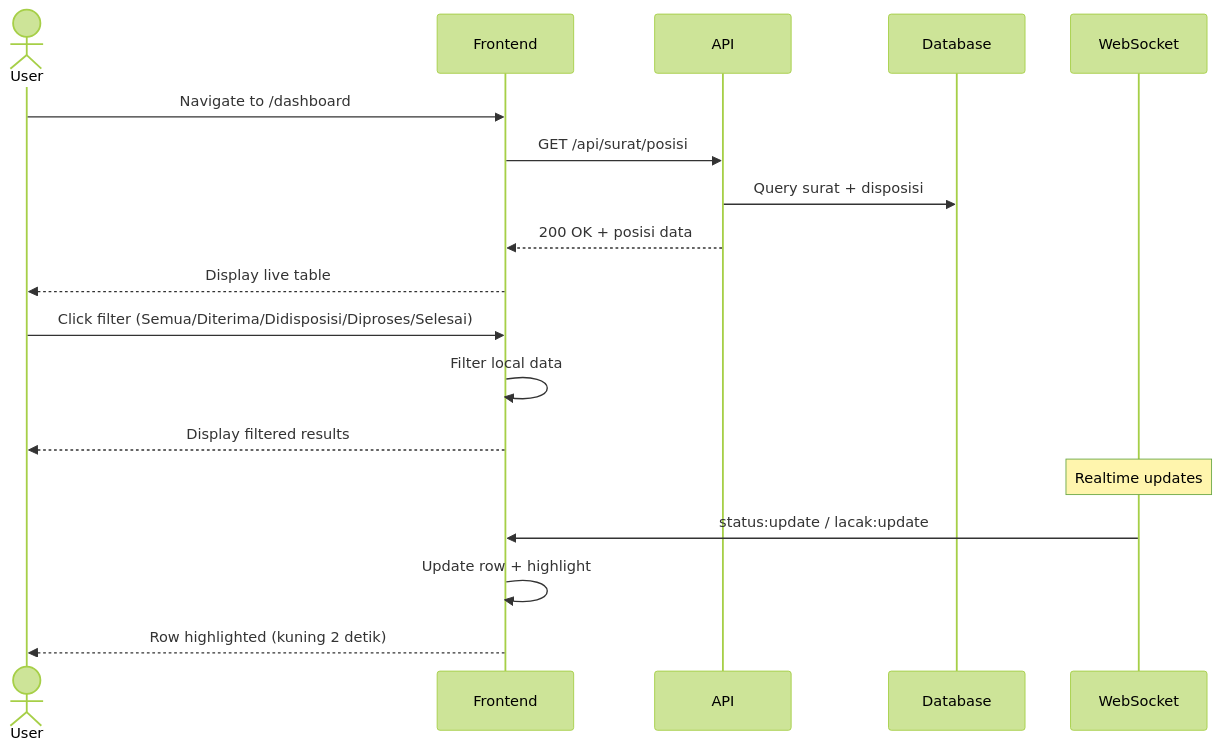
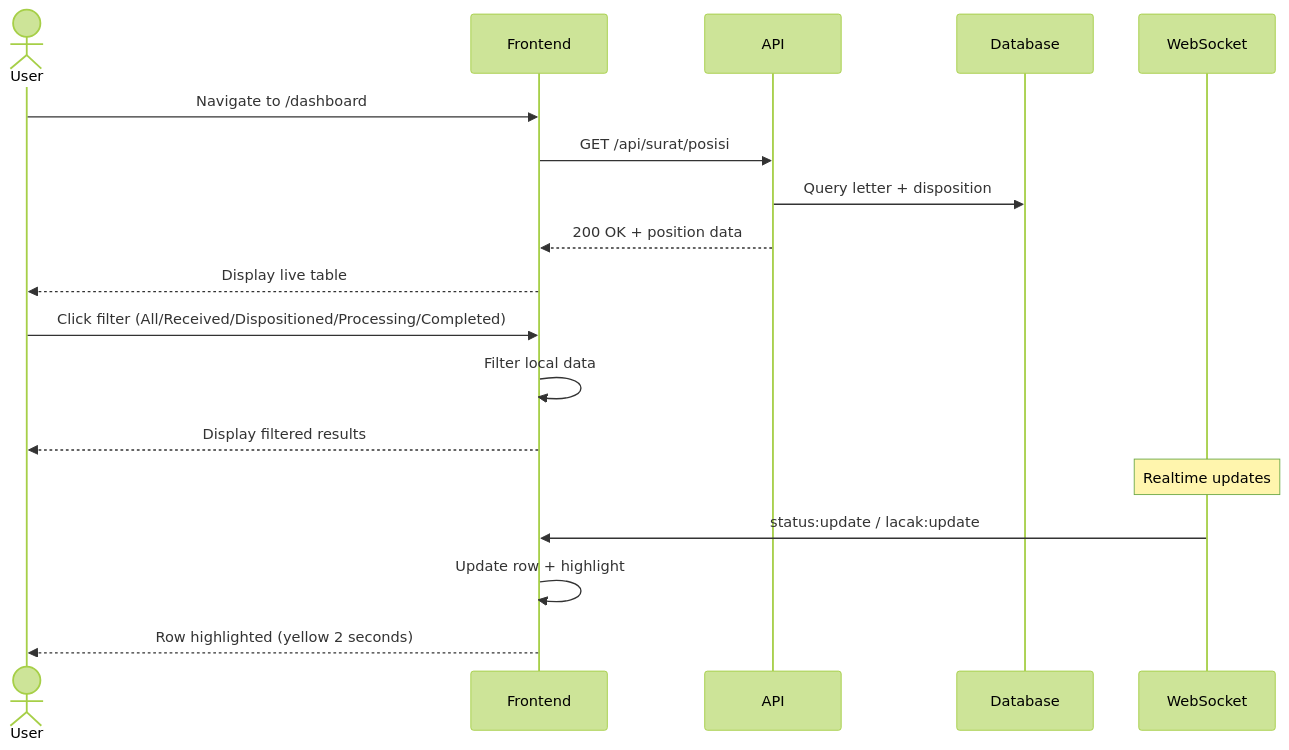
The diagram in docs/system_logics/sys_uc_016.md (ATzFauzan1525/Nexus), drawn with Mermaid (forest theme) before and after one commit. The commit also changed other lines of this file and 2 other files, not shown here.

````diff
--- a/docs/system_logics/sys_uc_016.md
+++ b/docs/system_logics/sys_uc_016.md
@@ -42,23 +42,23 @@
 ```mermaid
 sequenceDiagram
     actor User
     participant Frontend
     participant API
     participant Database
     participant WebSocket
 
     User->>Frontend: Navigate to /dashboard
     Frontend->>API: GET /api/surat/posisi
-    API->>Database: Query surat + disposisi
-    API-->>Frontend: 200 OK + posisi data
+    API->>Database: Query letter + disposition
+    API-->>Frontend: 200 OK + position data
     Frontend-->>User: Display live table
 
-    User->>Frontend: Click filter (Semua/Diterima/Didisposisi/Diproses/Selesai)
+    User->>Frontend: Click filter (All/Received/Dispositioned/Processing/Completed)
     Frontend->>Frontend: Filter local data
     Frontend-->>User: Display filtered results
 
     Note over WebSocket: Realtime updates
     WebSocket->>Frontend: status:update / lacak:update
     Frontend->>Frontend: Update row + highlight
-    Frontend-->>User: Row highlighted (kuning 2 detik)
+    Frontend-->>User: Row highlighted (yellow 2 seconds)
 ```
````
